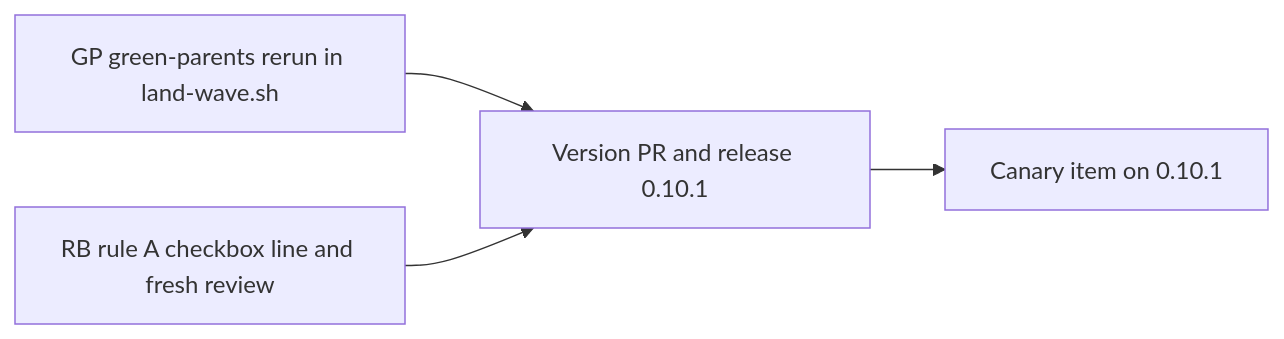
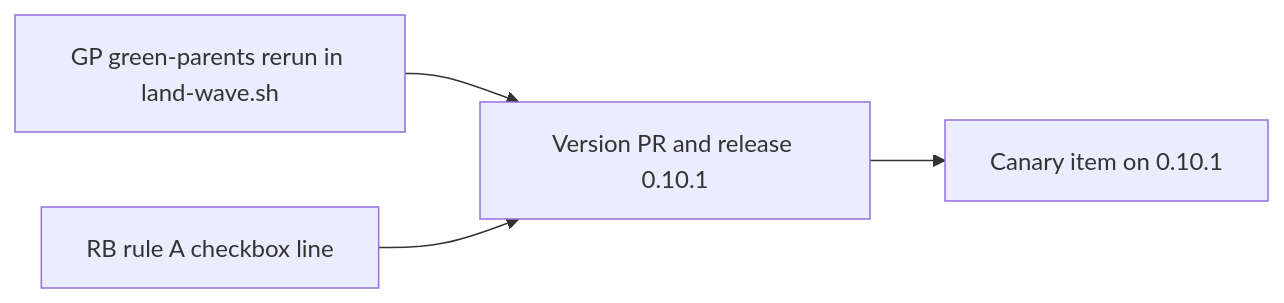
One commit to alfhen/agent-pr-pipeline changed the diagram in docs/plan-0.10.1.md. Above: the diagram before and after it, drawn with Mermaid. The commit also changed other lines of this file, not shown here.

````diff
--- a/docs/plan-0.10.1.md
+++ b/docs/plan-0.10.1.md
@@ -47,6 +47,6 @@
 ```mermaid
 flowchart LR
   GP[GP green-parents rerun in land-wave.sh] --> V[Version PR and release 0.10.1]
-  RB[RB rule A checkbox line and fresh review] --> V
+  RB[RB rule A checkbox line] --> V
   V --> C[Canary item on 0.10.1]
 ```
````
